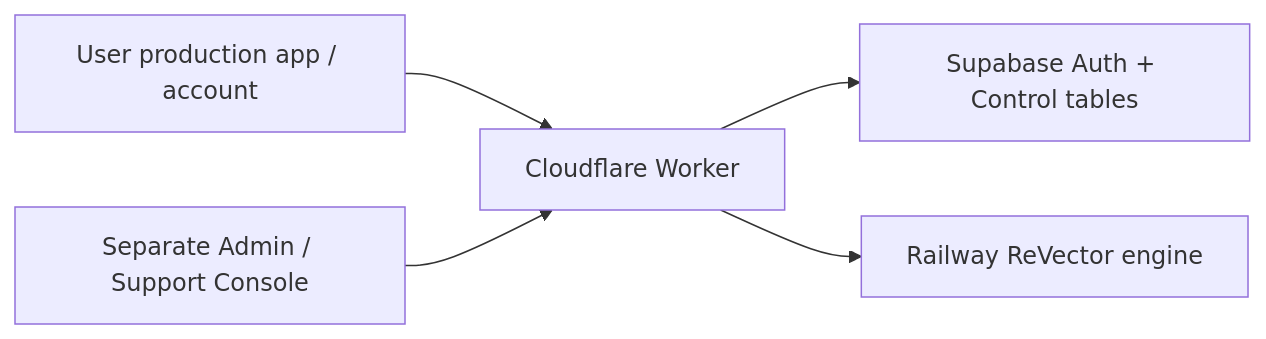
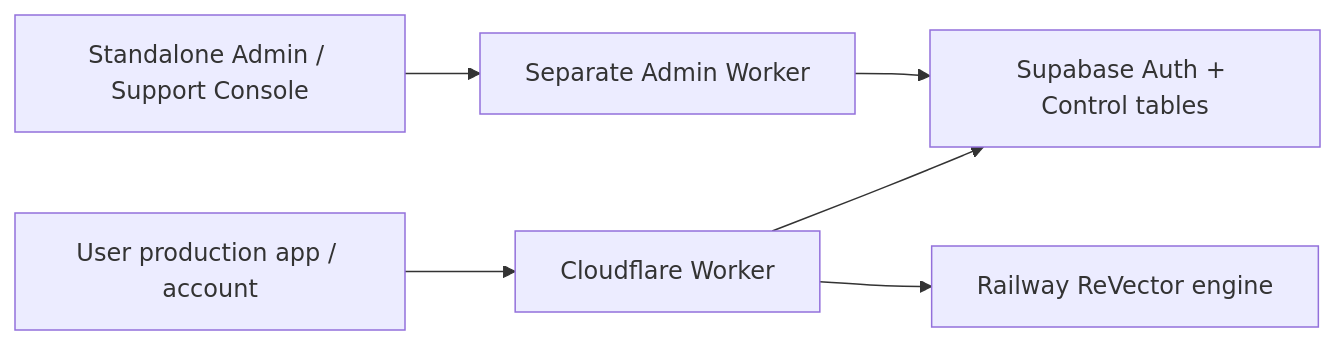
The diagram in docs/control/README.md (nafiulnahid17/RevectorAi-WEB), drawn with Mermaid before and after one commit. The commit also changed other lines of this file and 17 other files, not shown here.

Commit message:
Move Admin and Support UI and APIs to the standalone support repository

````diff
--- a/docs/control/README.md
+++ b/docs/control/README.md
@@ -7,7 +7,8 @@
 ```mermaid
 flowchart LR
   U[User production app / account] --> W[Cloudflare Worker]
-  A[Separate Admin / Support Console] --> W
+  A[Standalone Admin / Support Console] --> AW[Separate Admin Worker]
+  AW --> S
   W --> S[Supabase Auth + Control tables]
   W --> E[Railway ReVector engine]
 ```
````
